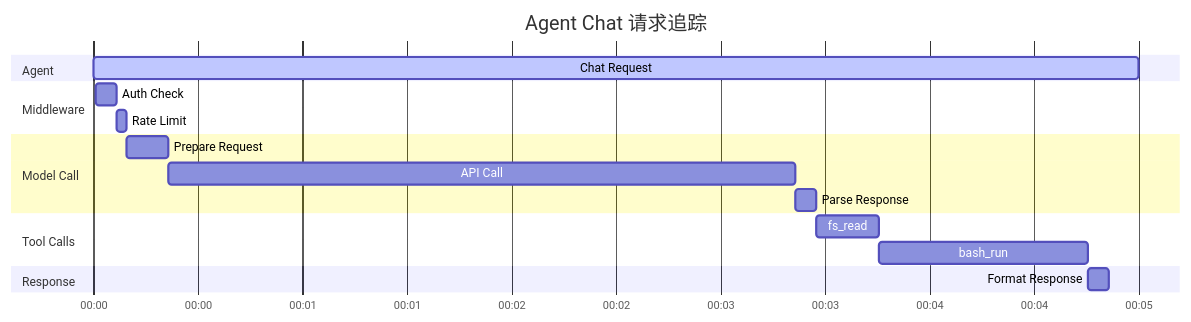
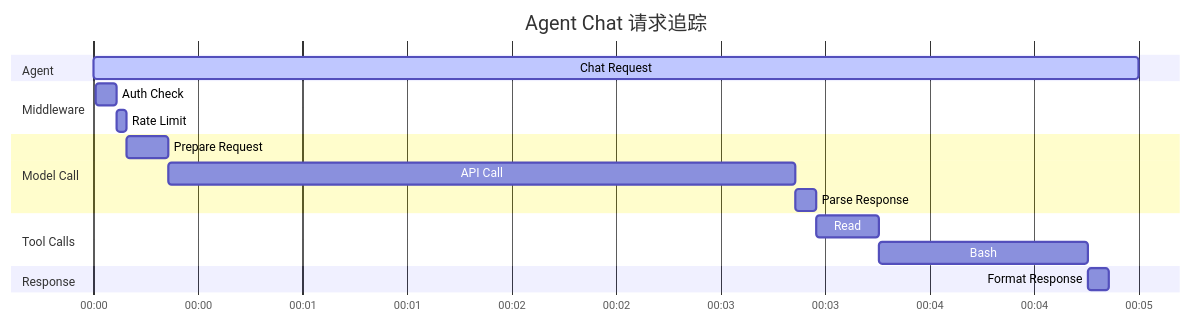
The second of 2 diagrams in docs/content/15.best-practices/monitoring.md (wordflowlab/agentsdk), drawn with Mermaid before and after one commit. The commit also changed 126 other files, not shown here.

````diff
--- a/docs/content/15.best-practices/monitoring.md
+++ b/docs/content/15.best-practices/monitoring.md
@@ -537,25 +537,25 @@
 ```mermaid
 gantt
     title Agent Chat 请求追踪
     dateFormat  HH:mm:ss.SSS
     axisFormat  %M:%S
 
     section Agent
     Chat Request     :active, 00:00:00.000, 5s
 
     section Middleware
     Auth Check       :00:00:00.010, 0.1s
     Rate Limit       :00:00:00.110, 0.05s
 
     section Model Call
     Prepare Request  :00:00:00.160, 0.2s
     API Call         :00:00:00.360, 3s
     Parse Response   :00:00:03.360, 0.1s
 
     section Tool Calls
-    fs_read          :00:00:03.460, 0.3s
-    bash_run         :00:00:03.760, 1s
+    Read          :00:00:03.460, 0.3s
+    Bash         :00:00:03.760, 1s
 
     section Response
     Format Response  :00:00:04.760, 0.1s
 ```
````
